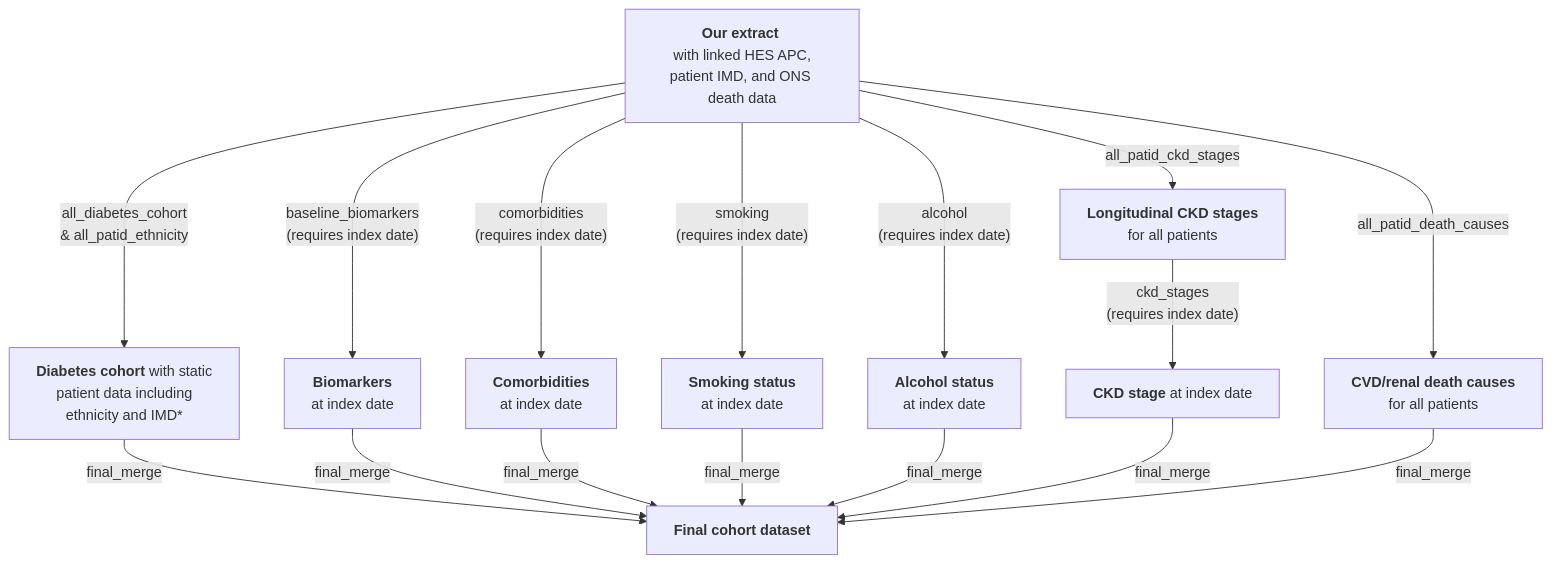
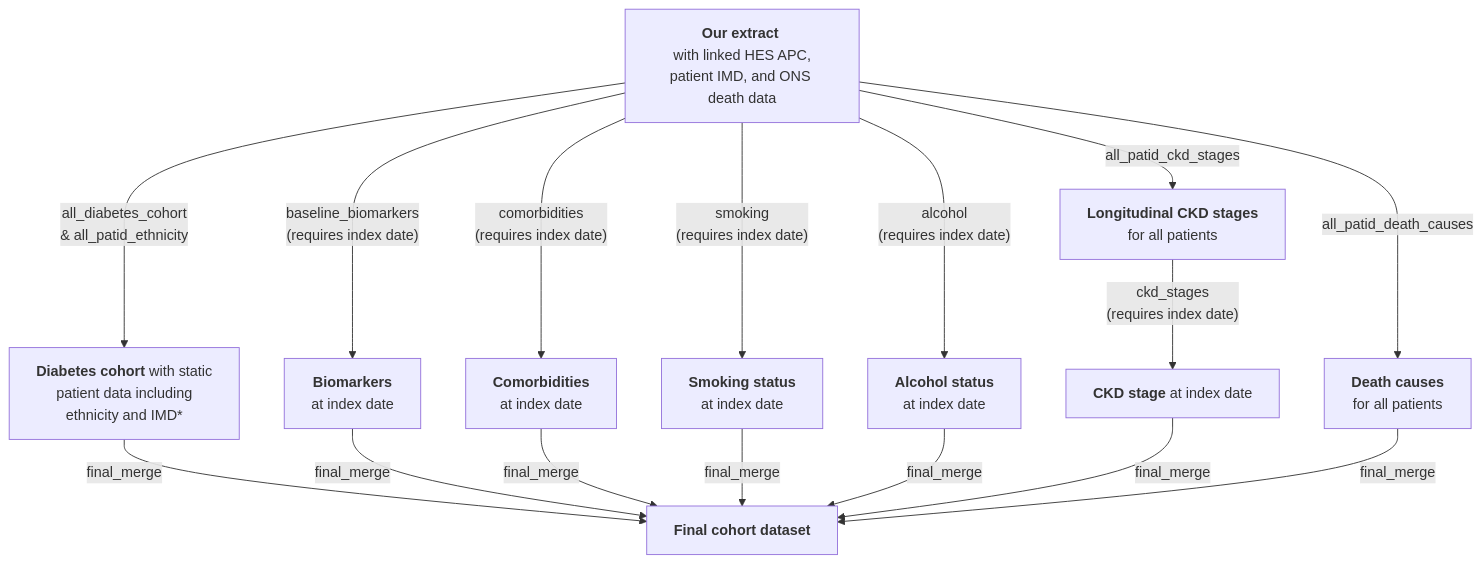
Before and after one commit to Exeter-Diabetes/CPRD-Cohort-scripts: the second of 2 diagrams in README.md, drawn with Mermaid.

````diff
--- a/README.md
+++ b/README.md
@@ -41,19 +41,19 @@
 ```mermaid
 graph TD;
     A["<b>Our extract</b> <br> with linked HES APC, patient IMD, and ONS death data"] --> |"all_diabetes_cohort <br> & all_patid_ethnicity"|B["<b>Diabetes cohort</b> with static <br> patient data including <br> ethnicity and IMD*"]
-    A-->|"all_patid_death_causes"|K["<b>CVD/renal death causes</b> <br> for all patients"]
+    A-->|"all_patid_death_causes"|K["<b>Death causes</b> <br> for all patients"]
     A-->|"all_patid_ckd_stages"|C["<b>Longitudinal CKD stages</b> <br> for all patients"]
     A-->|"baseline_biomarkers <br> (requires index date)"|E["<b>Biomarkers</b> <br> at index date"]
     A-->|"comorbidities <br> (requires index date)"|F["<b>Comorbidities</b> <br> at index date"]
     A-->|"smoking <br> (requires index date)"|G["<b>Smoking status</b> <br> at index date"]
     A-->|"alcohol <br> (requires index date)"|H["<b>Alcohol status</b> <br> at index date"]
     C-->|"ckd_stages <br> (requires index date)"|I["<b>CKD stage</b <br> at index date"]
     B-->|"final_merge"|J["<b>Final cohort dataset</b>"]
     E-->|"final_merge"|J
     F-->|"final_merge"|J
     G-->|"final_merge"|J
     H-->|"final_merge"|J
     I-->|"final_merge"|J
     K-->|"final_merge"|J
     
 ```
````
